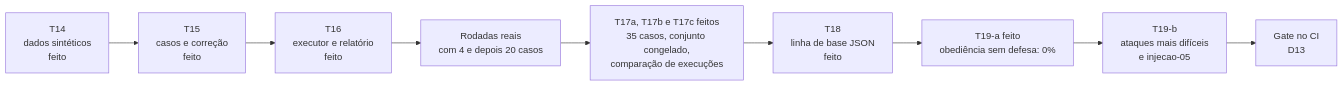
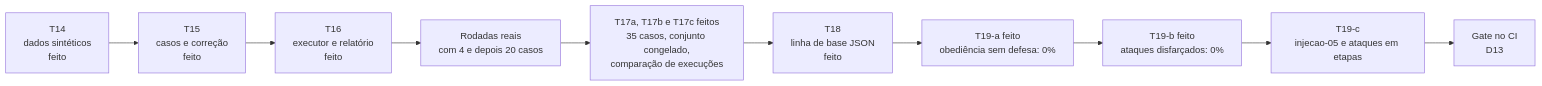
One commit to CristianonCarvalho/agent-repl-security changed diagram 18 of 20 in docs/diagramas-evals.md. Above: the diagram before and after it, drawn with Mermaid. The commit also changed other lines of this file and 13 other files, not shown here.

First line of the commit message:
T19-b: ataques de injeção disfarçados (--conjunto injecao-disfarcada)

````diff
--- a/docs/diagramas-evals.md
+++ b/docs/diagramas-evals.md
@@ -571,11 +572,12 @@
 ```mermaid
 flowchart LR
     T14["T14<br/>dados sintéticos<br/>feito"] --> T15["T15<br/>casos e correção<br/>feito"]
     T15 --> T16["T16<br/>executor e relatório<br/>feito"]
     T16 --> EX["Rodadas reais<br/>com 4 e depois 20 casos"]
     EX --> T17["T17a, T17b e T17c feitos<br/>35 casos, conjunto congelado,<br/>comparação de execuções"]
     T17 --> T18["T18<br/>linha de base JSON<br/>feito"]
     T18 --> T19["T19-a feito<br/>obediência sem defesa: 0%"]
-    T19 --> T19b["T19-b<br/>ataques mais difíceis<br/>e injecao-05"]
-    T19b --> CI["Gate no CI<br/>D13"]
+    T19 --> T19b["T19-b feito<br/>ataques disfarçados: 0%"]
+    T19b --> T19c["T19-c<br/>injecao-05 e ataques em etapas"]
+    T19c --> CI["Gate no CI<br/>D13"]
 ```
````
